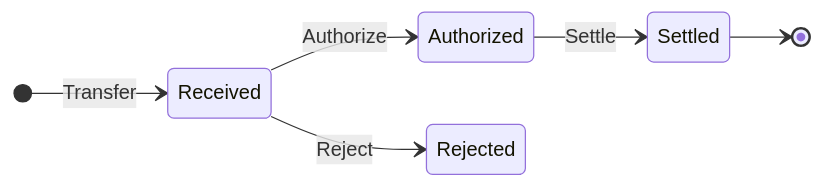
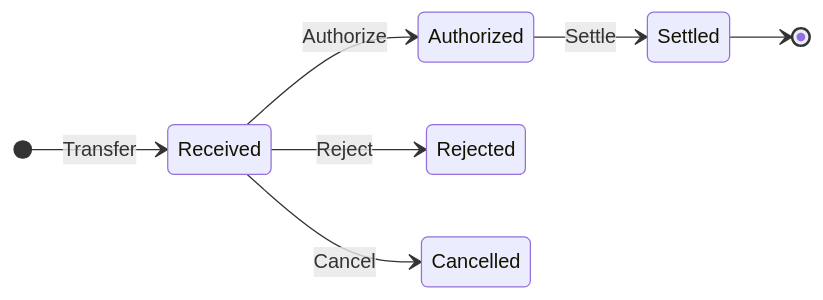
Diagram 13 of 13 in TAIPs/taip-4.md (TransactionAuthorizationProtocol/TAIPs), drawn with Mermaid before and after one commit. The commit also changed other lines of this file, not shown here.

Commit message:
Adding a Cancel message

````diff
--- a/TAIPs/taip-4.md
+++ b/TAIPs/taip-4.md
@@ -248,10 +288,11 @@
 ```mermaid
 stateDiagram-v2
     direction lr
     [*] --> Received : Transfer
     Received --> Authorized : Authorize
     Received --> Rejected : Reject
+    Received --> Cancelled : Cancel
     Authorized --> Settled : Settle
     Settled --> [*]
 
 ```
````
